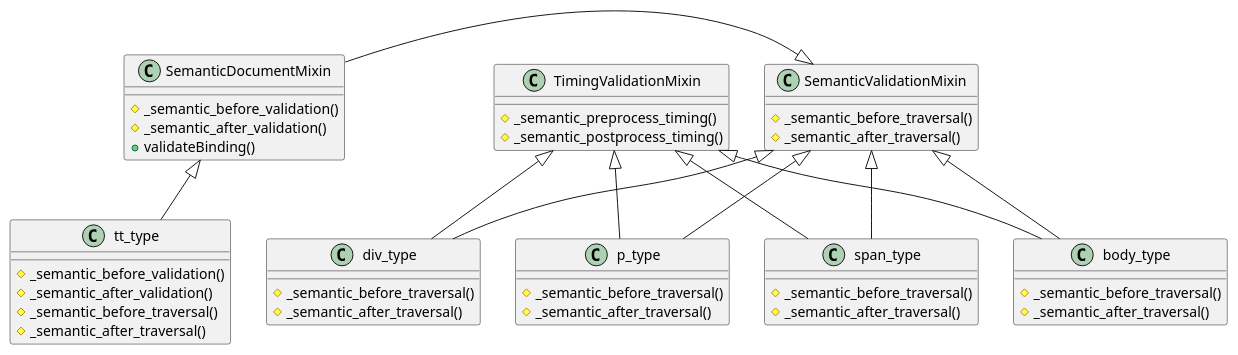
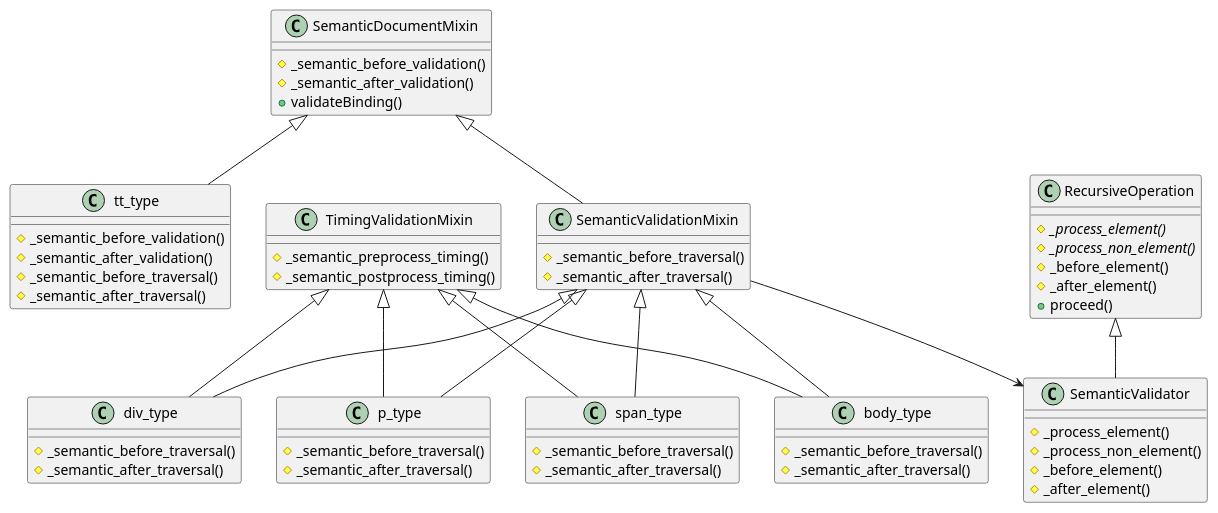
One commit to ebu/ebu-tt-live-toolkit changed the diagram in docs/source/timing_class_diagram.puml. Above: the diagram before and after it, drawn with PlantUML. The commit also changed 2 other files, not shown here.

```diff
--- a/docs/source/timing_class_diagram.puml
+++ b/docs/source/timing_class_diagram.puml
@@ -1,51 +1,66 @@
 @startuml
 
 class tt_type {
   #_semantic_before_validation()
   #_semantic_after_validation()
   #_semantic_before_traversal()
   #_semantic_after_traversal()
 }
 class body_type {
   #_semantic_before_traversal()
   #_semantic_after_traversal()
 }
 class div_type {
   #_semantic_before_traversal()
   #_semantic_after_traversal()
 }
 class p_type {
   #_semantic_before_traversal()
   #_semantic_after_traversal()
 }
 class span_type {
   #_semantic_before_traversal()
   #_semantic_after_traversal()
 }
 
 class SemanticValidationMixin {
   #_semantic_before_traversal()
   #_semantic_after_traversal()
 }
 class SemanticDocumentMixin {
   #_semantic_before_validation()
   #_semantic_after_validation()
   +validateBinding()
 }
 class TimingValidationMixin {
   #_semantic_preprocess_timing()
   #_semantic_postprocess_timing()
 }
+class RecursiveOperation {
+  #{abstract}_process_element()
+  #{abstract}_process_non_element()
+  #_before_element()
+  #_after_element()
+  +proceed()
+}
+class SemanticValidator {
+  #_process_element()
+  #_process_non_element()
+  #_before_element()
+  #_after_element()
+}
 
-SemanticDocumentMixin -|> SemanticValidationMixin
+RecursiveOperation <|-- SemanticValidator
+SemanticValidationMixin --> SemanticValidator
+SemanticDocumentMixin <|-- SemanticValidationMixin
 SemanticDocumentMixin <|-- tt_type
 SemanticValidationMixin <|-- body_type
 SemanticValidationMixin <|-- div_type
 SemanticValidationMixin <|-- p_type
 SemanticValidationMixin <|-- span_type
 TimingValidationMixin <|-- body_type
 TimingValidationMixin <|-- div_type
 TimingValidationMixin <|-- p_type
 TimingValidationMixin <|-- span_type
 
 @enduml
```
